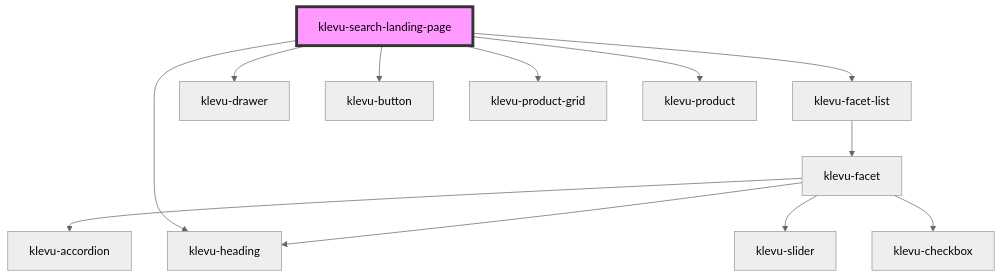
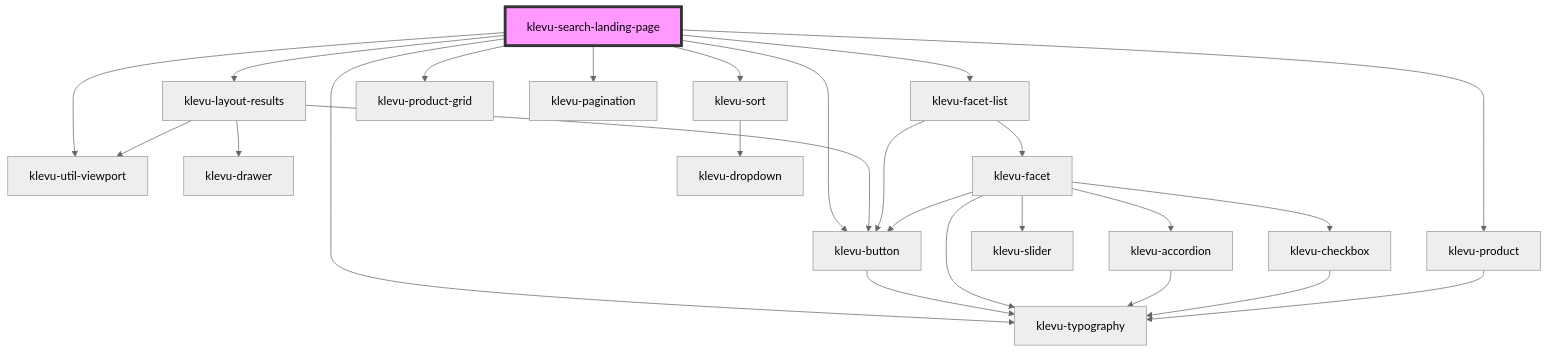
One commit to klevultd/frontend-sdk changed the diagram in packages/klevu-ui/src/components/klevu-search-landing-page/readme.md. Above: the diagram before and after it, drawn with Mermaid (neutral theme). The commit also changed other lines of this file and 199 other files, not shown here.

````diff
--- a/packages/klevu-ui/src/components/klevu-search-landing-page/readme.md
+++ b/packages/klevu-ui/src/components/klevu-search-landing-page/readme.md
@@ -30,15 +38,28 @@
 ```mermaid
 graph TD;
+  klevu-search-landing-page --> klevu-util-viewport
+  klevu-search-landing-page --> klevu-layout-results
   klevu-search-landing-page --> klevu-facet-list
-  klevu-search-landing-page --> klevu-heading
-  klevu-search-landing-page --> klevu-drawer
-  klevu-search-landing-page --> klevu-button
+  klevu-search-landing-page --> klevu-typography
+  klevu-search-landing-page --> klevu-sort
   klevu-search-landing-page --> klevu-product-grid
   klevu-search-landing-page --> klevu-product
+  klevu-search-landing-page --> klevu-pagination
+  klevu-search-landing-page --> klevu-button
+  klevu-layout-results --> klevu-util-viewport
+  klevu-layout-results --> klevu-button
+  klevu-layout-results --> klevu-drawer
+  klevu-button --> klevu-typography
   klevu-facet-list --> klevu-facet
+  klevu-facet-list --> klevu-button
   klevu-facet --> klevu-accordion
-  klevu-facet --> klevu-heading
+  klevu-facet --> klevu-typography
   klevu-facet --> klevu-slider
   klevu-facet --> klevu-checkbox
+  klevu-facet --> klevu-button
+  klevu-accordion --> klevu-typography
+  klevu-checkbox --> klevu-typography
+  klevu-sort --> klevu-dropdown
+  klevu-product --> klevu-typography
   style klevu-search-landing-page fill:#f9f,stroke:#333,stroke-width:4px
 ```
````
